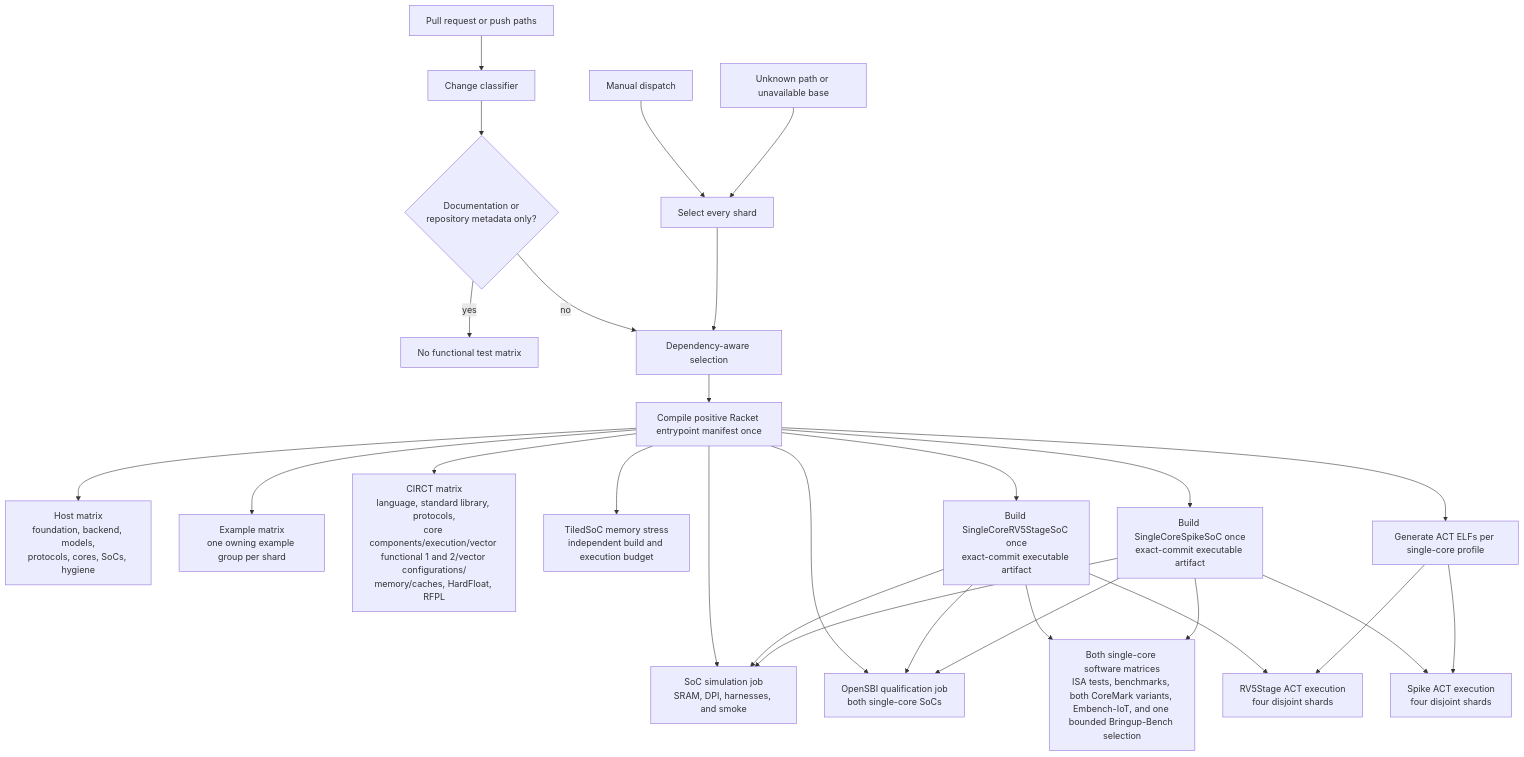
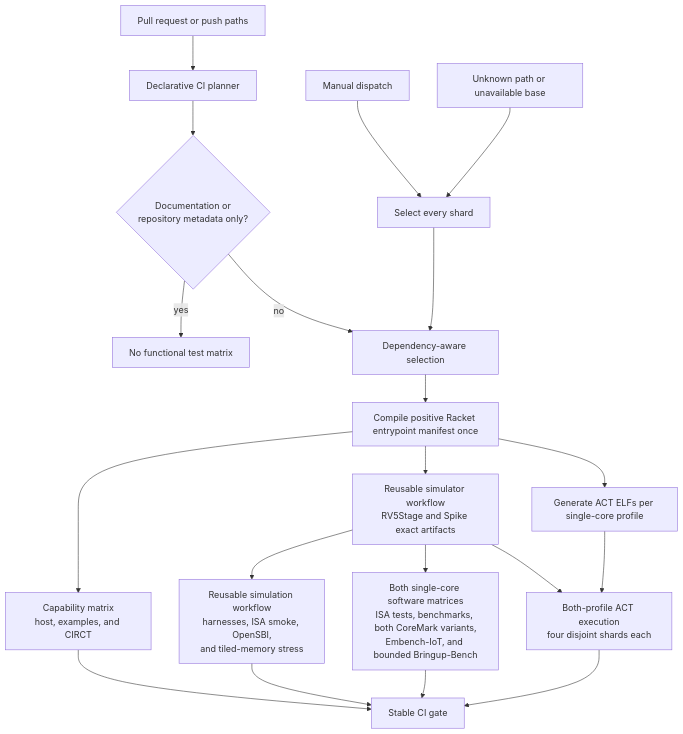
Before and after one commit to jerryz123/rhodium: the diagram in tools/testing/DEVELOPING.md, drawn with Mermaid. The commit also changed other lines of this file and 19 other files, not shown here.

````diff
--- a/tools/testing/DEVELOPING.md
+++ b/tools/testing/DEVELOPING.md
@@ -87,30 +90,22 @@
 ```mermaid
 flowchart TD
-    Changes["Pull request or push paths"] --> Classifier["Change classifier"]
+    Changes["Pull request or push paths"] --> Classifier["Declarative CI planner"]
     Manual["Manual dispatch"] --> All["Select every shard"]
     Unknown["Unknown path or unavailable base"] --> All
     Classifier --> Docs{"Documentation or<br/>repository metadata only?"}
     Docs -->|yes| None["No functional test matrix"]
     Docs -->|no| Selected["Dependency-aware selection"]
     All --> Selected
     Selected --> Compile["Compile positive Racket entrypoint manifest once"]
-    Compile --> Host["Host matrix<br/>foundation, backend, models,<br/>protocols, cores, SoCs, hygiene"]
-    Compile --> Examples["Example matrix<br/>one owning example group per shard"]
-    Compile --> CIRCT["CIRCT matrix<br/>language, standard library, protocols,<br/>core components/execution/vector functional 1 and 2/vector configurations/<br/>memory/caches, HardFloat, RFPL"]
-    Compile --> Simulation["SoC simulation job<br/>SRAM, DPI, harnesses, and smoke"]
-    Compile --> OpenSBI["OpenSBI qualification job<br/>both single-core SoCs"]
-    Compile --> TiledMemory["TiledSoC memory stress<br/>independent build and execution budget"]
-    Compile --> SimpleBuild["Build SingleCoreRV5StageSoC once<br/>exact-commit executable artifact"]
-    Compile --> SpikeBuild["Build SingleCoreSpikeSoC once<br/>exact-commit executable artifact"]
-    SimpleBuild --> Simulation
-    SpikeBuild --> Simulation
-    SimpleBuild --> OpenSBI
-    SpikeBuild --> OpenSBI
-    SimpleBuild --> Programs["Both single-core software matrices<br/>ISA tests, benchmarks, both CoreMark variants, Embench-IoT, and one bounded Bringup-Bench selection"]
-    SpikeBuild --> Programs
+    Compile --> Checks["Capability matrix<br/>host, examples, and CIRCT"]
+    Compile --> Simulators["Reusable simulator workflow<br/>RV5Stage and Spike exact artifacts"]
+    Simulators --> Simulation["Reusable simulation workflow<br/>harnesses, ISA smoke, OpenSBI,<br/>and tiled-memory stress"]
+    Simulators --> Programs["Both single-core software matrices<br/>ISA tests, benchmarks, both CoreMark variants,<br/>Embench-IoT, and bounded Bringup-Bench"]
     Compile --> ActBuild["Generate ACT ELFs per single-core profile"]
-    SimpleBuild --> ActRun["RV5Stage ACT execution<br/>four disjoint shards"]
-    SpikeBuild --> SpikeActRun["Spike ACT execution<br/>four disjoint shards"]
+    Simulators --> ActRun["Both-profile ACT execution<br/>four disjoint shards each"]
     ActBuild --> ActRun
-    ActBuild --> SpikeActRun
+    Checks --> Gate["Stable CI gate"]
+    Simulation --> Gate
+    Programs --> Gate
+    ActRun --> Gate
 ```
````
